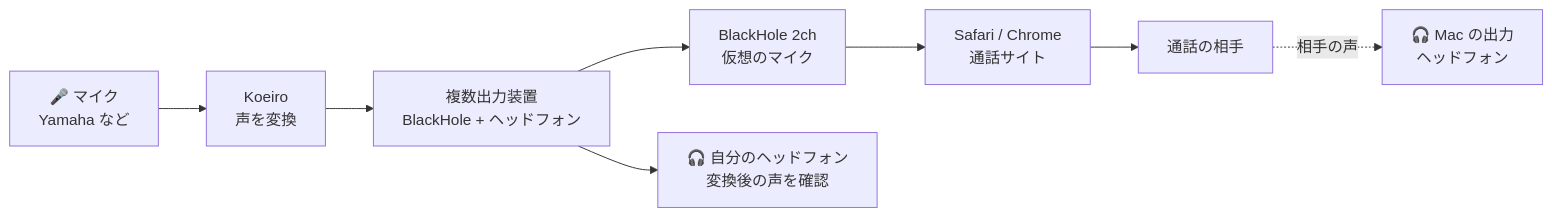
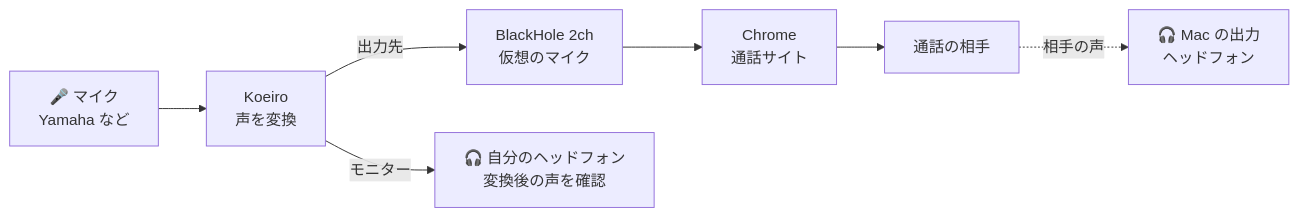
One commit to riryo3/koeiro-mac changed the first of 4 diagrams in AUDIO_MAC.md. Above: the diagram before and after it, drawn with Mermaid. The commit also changed other lines of this file and 2 other files, not shown here.

Commit message:
AUDIO_MAC: use Koeiro monitor instead of multi-output, recommend Chrome

````diff
--- a/AUDIO_MAC.md
+++ b/AUDIO_MAC.md
@@ -10,10 +14,9 @@
 ```mermaid
 flowchart LR
     Mic["🎤 マイク<br>Yamaha など"] --> K["Koeiro<br>声を変換"]
-    K --> M["複数出力装置<br>BlackHole + ヘッドフォン"]
-    M --> BH["BlackHole 2ch<br>仮想のマイク"]
-    M --> HP["🎧 自分のヘッドフォン<br>変換後の声を確認"]
-    BH --> B["Safari / Chrome<br>通話サイト"]
+    K -- 出力先 --> BH["BlackHole 2ch<br>仮想のマイク"]
+    K -- モニター --> HP["🎧 自分のヘッドフォン<br>変換後の声を確認"]
+    BH --> B["Chrome<br>通話サイト"]
     B --> T["通話の相手"]
     T -. 相手の声 .-> OUT["🎧 Mac の出力<br>ヘッドフォン"]
 ```
````
